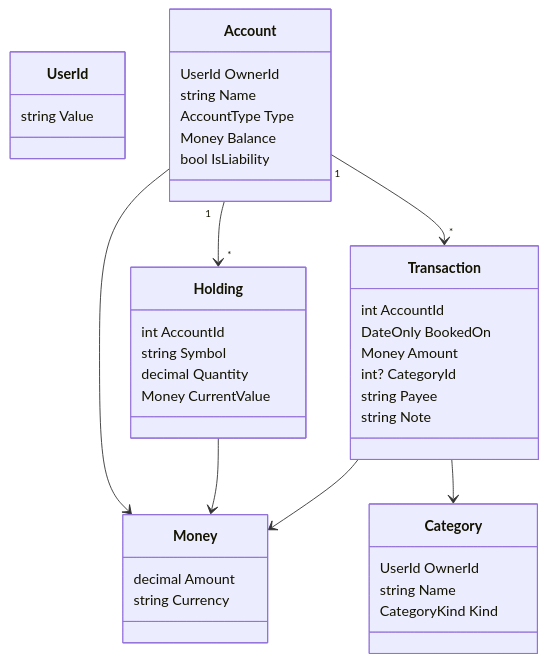
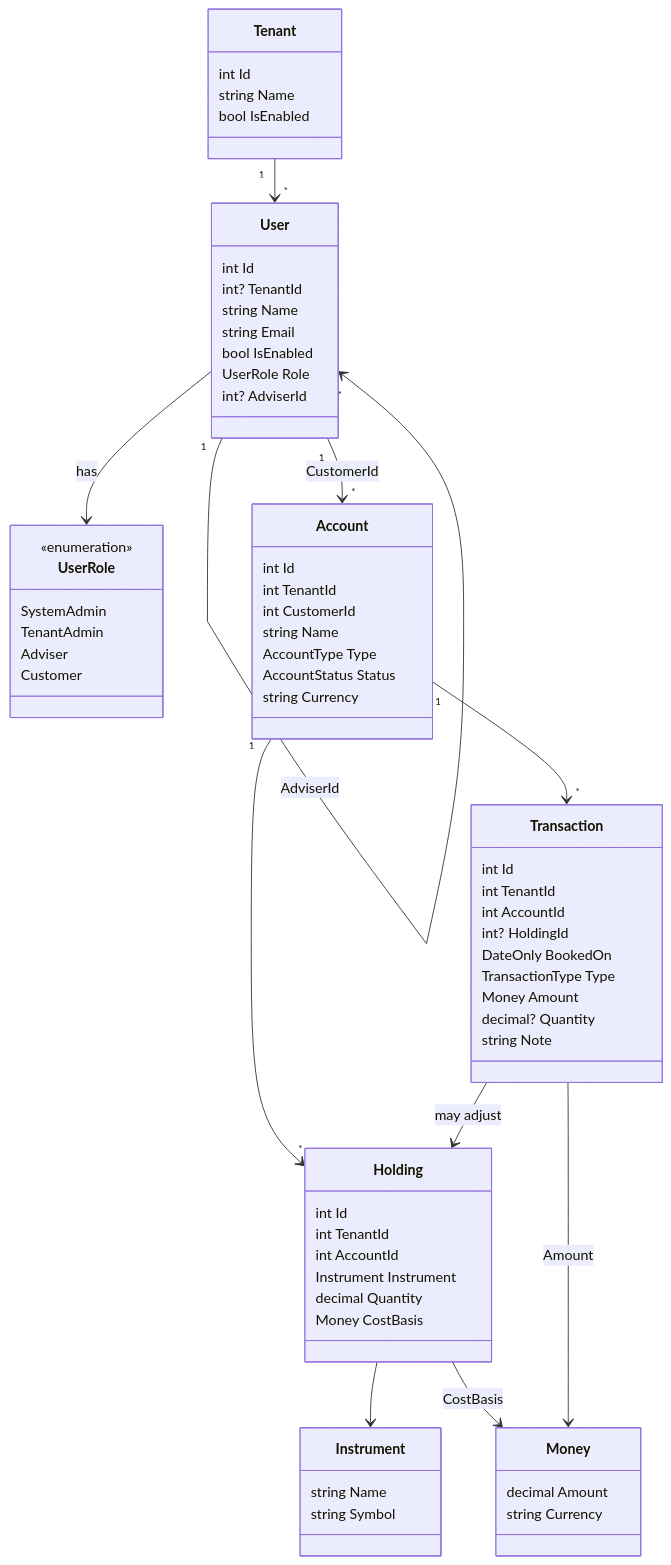
The second of 2 diagrams in docs/domain-model.md (louis297/MyWealth), drawn with Mermaid before and after one commit. The commit also changed other lines of this file, not shown here.

````diff
--- a/docs/domain-model.md
+++ b/docs/domain-model.md
@@ -90,43 +112,78 @@
 ```mermaid
 classDiagram
-  class UserId {
-    string Value
+  class Tenant {
+    int Id
+    string Name
+    bool IsEnabled
   }
+
+  class User {
+    int Id
+    int? TenantId
+    string Name
+    string Email
+    bool IsEnabled
+    UserRole Role
+    int? AdviserId
+  }
+
+  class UserRole {
+    <<enumeration>>
+    SystemAdmin
+    TenantAdmin
+    Adviser
+    Customer
+  }
+
   class Account {
-    UserId OwnerId
+    int Id
+    int TenantId
+    int CustomerId
     string Name
     AccountType Type
-    Money Balance
-    bool IsLiability
+    AccountStatus Status
+    string Currency
   }
+
   class Holding {
+    int Id
+    int TenantId
     int AccountId
-    string Symbol
+    Instrument Instrument
     decimal Quantity
-    Money CurrentValue
+    Money CostBasis
   }
+
   class Transaction {
+    int Id
+    int TenantId
     int AccountId
+    int? HoldingId
     DateOnly BookedOn
+    TransactionType Type
     Money Amount
-    int? CategoryId
-    string Payee
+    decimal? Quantity
     string Note
   }
-  class Category {
-    UserId OwnerId
-    string Name
-    CategoryKind Kind
-  }
+
   class Money {
     decimal Amount
     string Currency
   }
 
+  class Instrument {
+    string Name
+    string Symbol
+  }
+
+  Tenant "1" --> "*" User
+  User --> UserRole : has
+  User "1" --> "*" User : AdviserId
+  User "1" --> "*" Account : CustomerId
   Account "1" --> "*" Holding
   Account "1" --> "*" Transaction
-  Transaction --> Category
-  Account --> Money
-  Holding --> Money
-  Transaction --> Money
+  Transaction --> Holding : may adjust
+  Holding --> Instrument
+  Holding --> Money : CostBasis
+  Transaction --> Money : Amount
 ```
````
